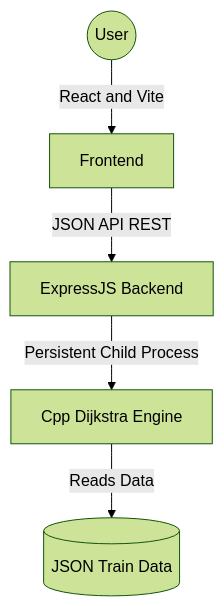
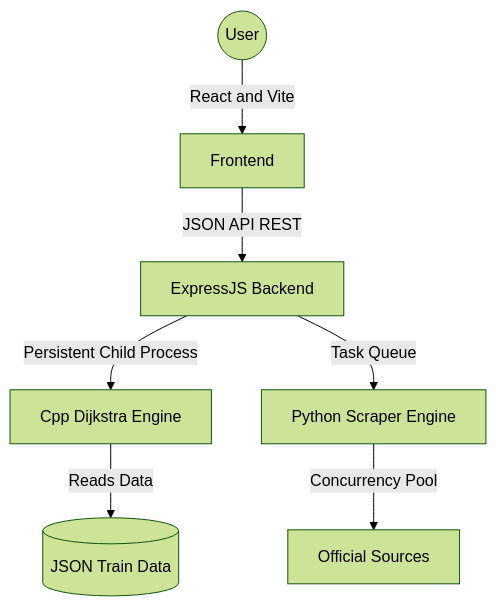
One commit to Pratham-The-Warrior/RailYatra changed the diagram in README.md. Above: the diagram before and after it, drawn with Mermaid (forest theme). The commit also changed other lines of this file and 1 other file, not shown here.

First line of the commit message:
docs(readme): update architecture specs and performance benchmarks

````diff
--- a/README.md
+++ b/README.md
@@ -51,7 +53,9 @@
 ```mermaid
 flowchart TD
     User((User)) -->|React and Vite| FE[Frontend]
     FE -->|JSON API REST| BE[ExpressJS Backend]
     BE -->|Persistent Child Process| CE[Cpp Dijkstra Engine]
+    BE -->|Task Queue| PY[Python Scraper Engine]
     CE -->|Reads Data| DATA[(JSON Train Data)]
+    PY -->|Concurrency Pool| OS[Official Sources]
 ```
````
